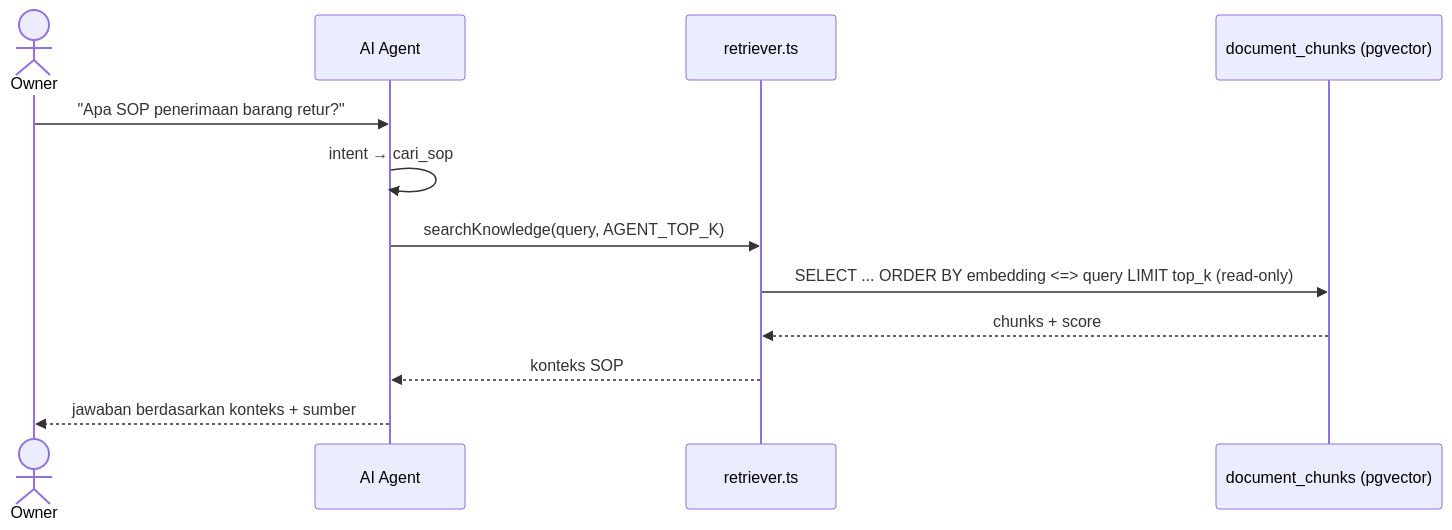
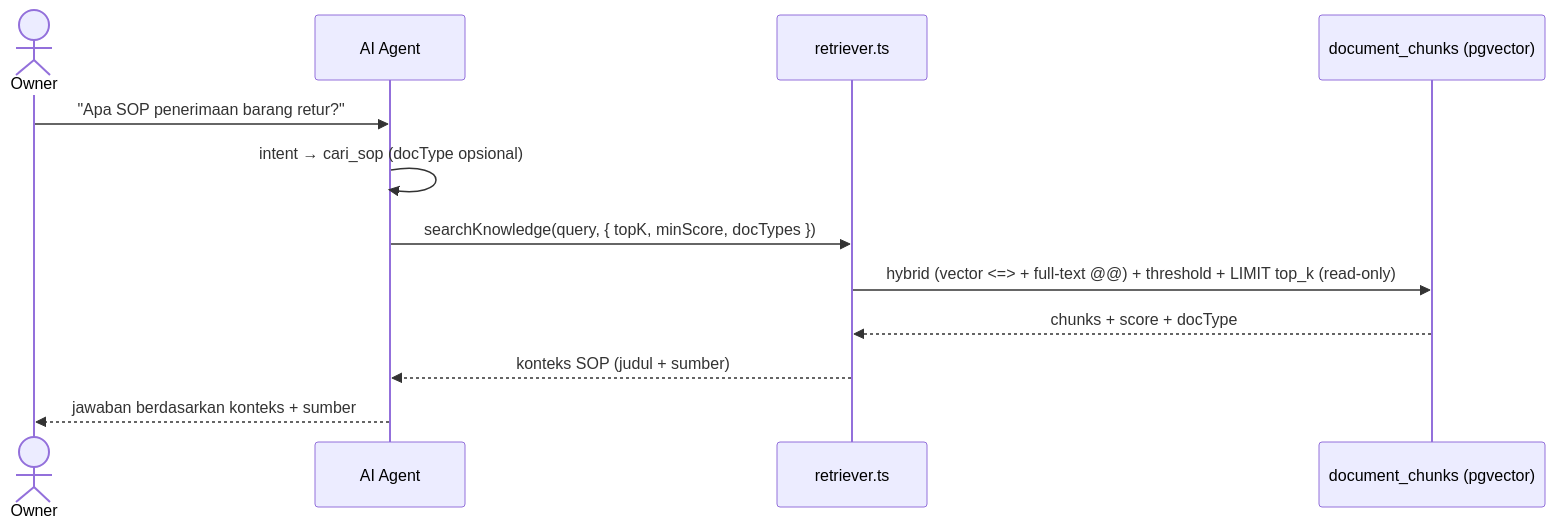
One commit to EkaBachrudin/ims changed the eighth of 8 diagrams in docs/TECHNICAL.md. Above: the diagram before and after it, drawn with Mermaid. The commit also changed other lines of this file and 61 other files, not shown here.

Commit message:
feat(rag): managed knowledge base, hybrid retrieval & chat routing

````diff
--- a/docs/TECHNICAL.md
+++ b/docs/TECHNICAL.md
@@ -1393,15 +1437,15 @@
 ```mermaid
 sequenceDiagram
     actor Owner
     participant AI as AI Agent
     participant RAG as retriever.ts
     participant PG as document_chunks (pgvector)
 
     Owner->>AI: "Apa SOP penerimaan barang retur?"
-    AI->>AI: intent → cari_sop
-    AI->>RAG: searchKnowledge(query, AGENT_TOP_K)
-    RAG->>PG: SELECT ... ORDER BY embedding <=> query LIMIT top_k (read-only)
-    PG-->>RAG: chunks + score
-    RAG-->>AI: konteks SOP
+    AI->>AI: intent → cari_sop (docType opsional)
+    AI->>RAG: searchKnowledge(query, { topK, minScore, docTypes })
+    RAG->>PG: hybrid (vector <=> + full-text @@) + threshold + LIMIT top_k (read-only)
+    PG-->>RAG: chunks + score + docType
+    RAG-->>AI: konteks SOP (judul + sumber)
     AI-->>Owner: jawaban berdasarkan konteks + sumber
 ```
````
